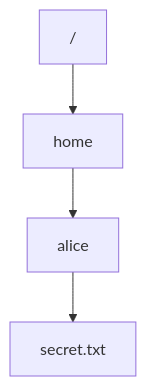
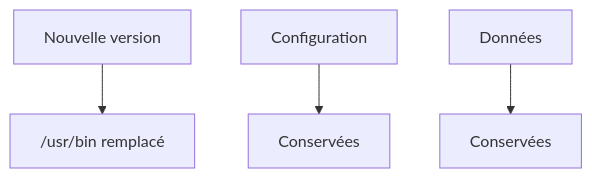
Before and after one commit to tdelaclos/formations: diagram 12 of 15 in campagne 1/1.6.md, drawn with Mermaid. The commit also changed other lines of this file, not shown here.

````diff
--- a/campagne 1/1.6.md
+++ b/campagne 1/1.6.md
@@ -722,15 +746,15 @@
 ```mermaid
 flowchart TD
 
-A["/"]
+A["Nouvelle version"]
 
-B["home"]
+A --> B["/usr/bin remplacé"]
 
-C["alice"]
+C["Configuration"]
 
-D["secret.txt"]
+D["Données"]
 
-A --> B
-B --> C
-C --> D
+C --> E["Conservées"]
+
+D --> F["Conservées"]
 ```
````
